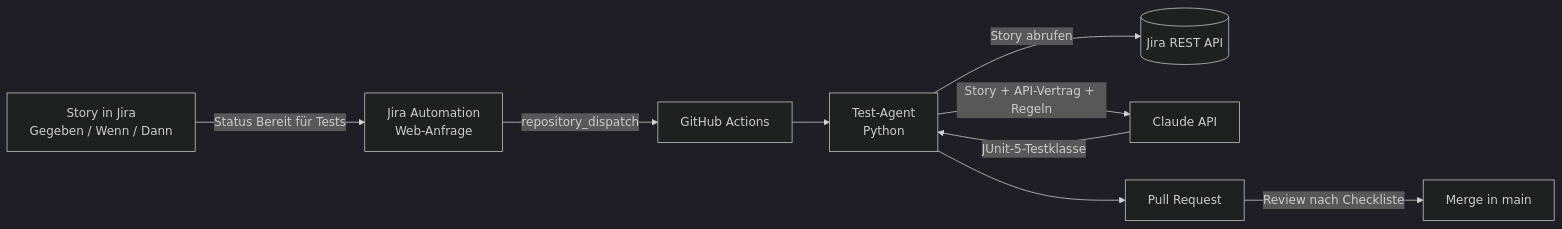
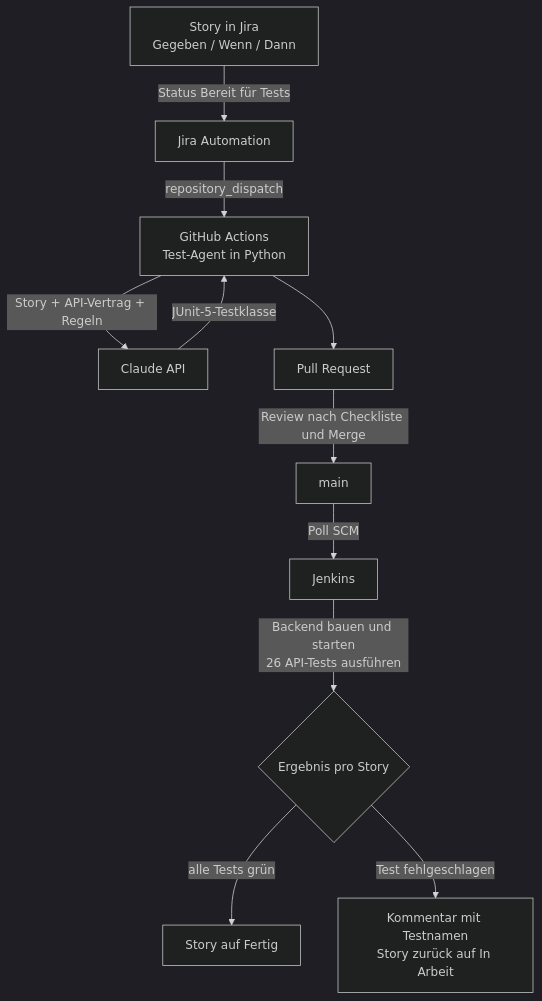
The diagram in README.md (Nidal1211/taskboard), drawn with Mermaid (dark theme) before and after one commit. The commit also changed other lines of this file, not shown here.

Commit message:
README: vollständige Kette, Sicherheit und aktueller Stand

````diff
--- a/README.md
+++ b/README.md
@@ -11,11 +11,13 @@
 ```mermaid
-flowchart LR
-    A[Story in Jira<br/>Gegeben / Wenn / Dann] -->|Status Bereit für Tests| B[Jira Automation<br/>Web-Anfrage]
-    B -->|repository_dispatch| C[GitHub Actions]
-    C --> D[Test-Agent<br/>Python]
-    D -->|Story abrufen| J[(Jira REST API)]
-    D -->|Story + API-Vertrag + Regeln| E[Claude API]
-    E -->|JUnit-5-Testklasse| D
-    D --> F[Pull Request]
-    F -->|Review nach Checkliste| G[Merge in main]
+flowchart TD
+    A[Story in Jira<br/>Gegeben / Wenn / Dann] -->|Status Bereit für Tests| B[Jira Automation]
+    B -->|repository_dispatch| C[GitHub Actions<br/>Test-Agent in Python]
+    C -->|Story + API-Vertrag + Regeln| D[Claude API]
+    D -->|JUnit-5-Testklasse| C
+    C --> E[Pull Request]
+    E -->|Review nach Checkliste und Merge| F[main]
+    F -->|Poll SCM| G[Jenkins]
+    G -->|Backend bauen und starten<br/>26 API-Tests ausführen| H{Ergebnis pro Story}
+    H -->|alle Tests grün| I[Story auf Fertig]
+    H -->|Test fehlgeschlagen| J[Kommentar mit Testnamen<br/>Story zurück auf In Arbeit]
 ```
````
